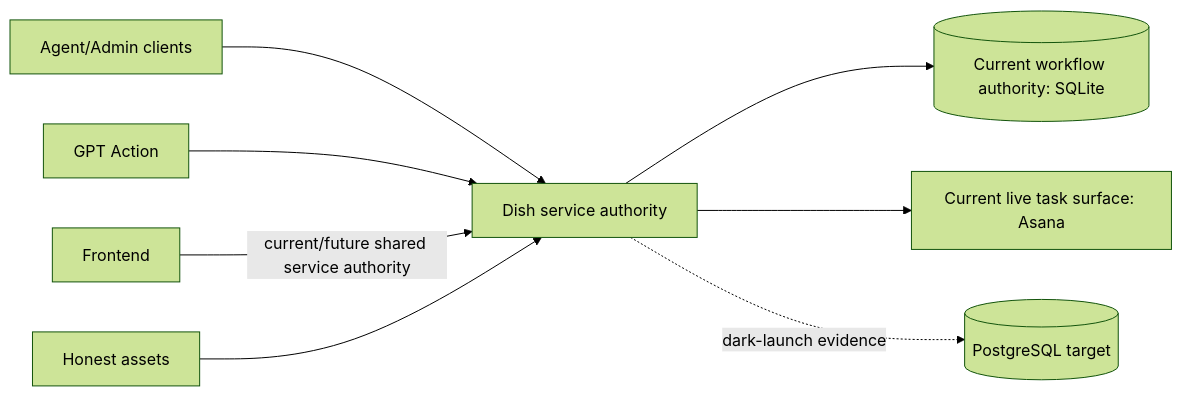
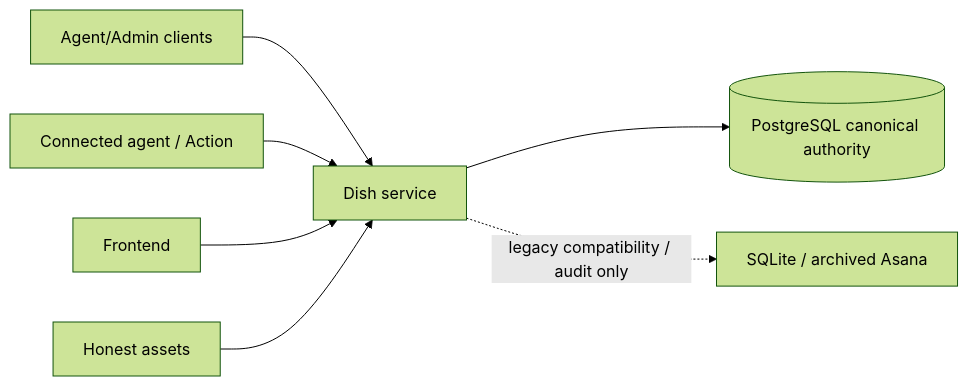
The diagram in dish/docs/architecture/index.md (marcogallotta/ai-tools), drawn with Mermaid (forest theme) before and after one commit. The commit also changed other lines of this file, not shown here.

Commit message:
Update architecture index for completed PostgreSQL cutover

````diff
--- a/dish/docs/architecture/index.md
+++ b/dish/docs/architecture/index.md
@@ -13,10 +14,9 @@
 ```mermaid
 flowchart LR
-    CLI[Agent/Admin clients] --> Service[Dish service authority]
-    GPT[GPT Action] --> Service
-    Frontend[Frontend] -->|current/future shared service authority| Service
+    CLI[Agent/Admin clients] --> Service[Dish service]
+    GPT[Connected agent / Action] --> Service
+    Frontend[Frontend] --> Service
     Honest[Honest assets] --> Service
-    Service --> SQLite[(Current workflow authority: SQLite)]
-    Service --> Asana[Current live task surface: Asana]
-    Service -. dark-launch evidence .-> PG[(PostgreSQL target)]
+    Service --> PG[(PostgreSQL canonical authority)]
+    Service -. legacy compatibility / audit only .-> Legacy[SQLite / archived Asana]
 ```
````
